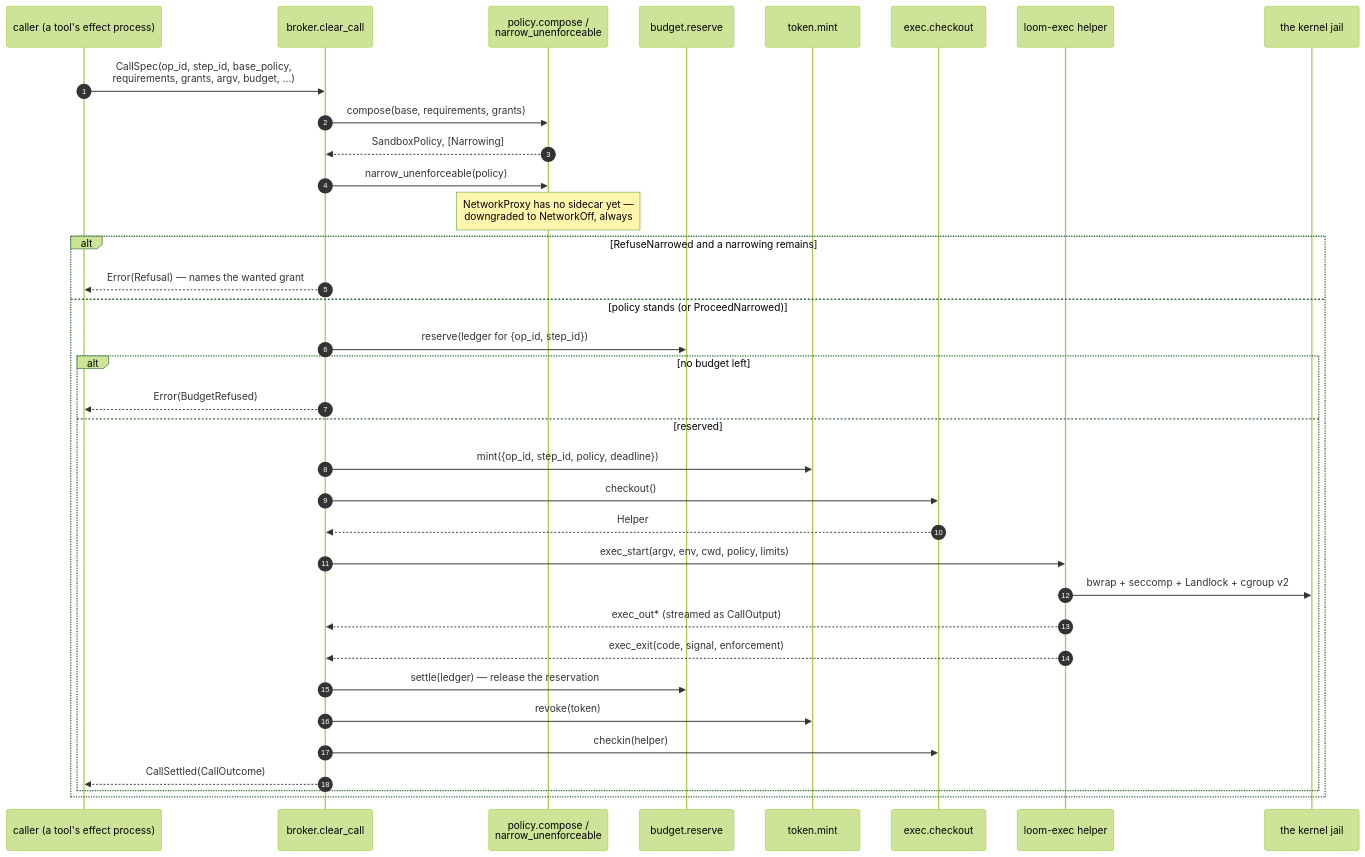
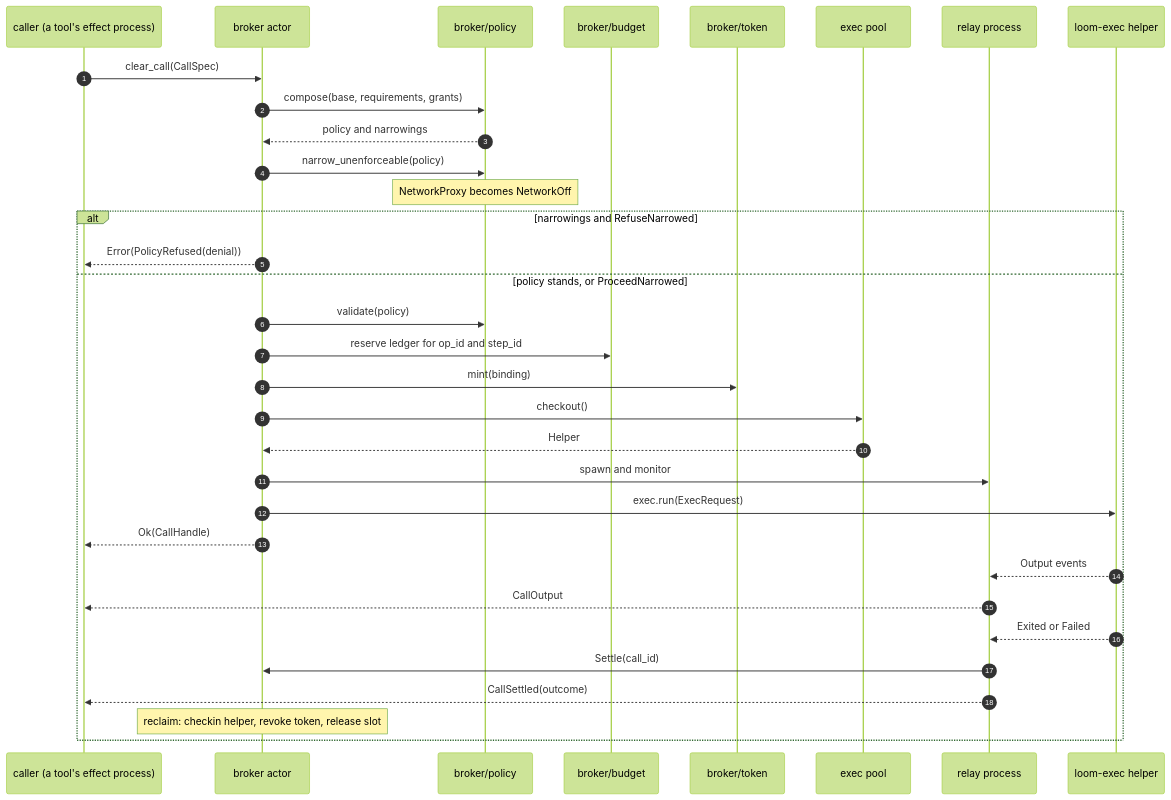
Before and after one commit to Roasbeef/loom: the second of 3 diagrams in packages/broker/README.md, drawn with Mermaid (forest theme). The commit also changed other lines of this file, not shown here.

First line of the commit message:
broker: correct the token and cancel-ladder claims

````diff
--- a/packages/broker/README.md
+++ b/packages/broker/README.md
@@ -24,38 +54,36 @@
 ```mermaid
 sequenceDiagram
     autonumber
     participant C as caller (a tool's effect process)
-    participant Br as broker.clear_call
-    participant Pol as policy.compose /<br/>narrow_unenforceable
-    participant Bud as budget.reserve
-    participant Tok as token.mint
-    participant Pool as exec.checkout
+    participant Br as broker actor
+    participant Pol as broker/policy
+    participant Bud as broker/budget
+    participant Tok as broker/token
+    participant Pool as exec pool
+    participant R as relay process
     participant H as loom-exec helper
-    participant K as the kernel jail
 
-    C->>Br: CallSpec(op_id, step_id, base_policy,<br/>requirements, grants, argv, budget, ...)
+    C->>Br: clear_call(CallSpec)
     Br->>Pol: compose(base, requirements, grants)
-    Pol-->>Br: SandboxPolicy, [Narrowing]
+    Pol-->>Br: policy and narrowings
     Br->>Pol: narrow_unenforceable(policy)
-    Note over Pol: NetworkProxy has no sidecar yet —<br/>downgraded to NetworkOff, always
-    alt RefuseNarrowed and a narrowing remains
-        Br-->>C: Error(Refusal) — names the wanted grant
-    else policy stands (or ProceedNarrowed)
-        Br->>Bud: reserve(ledger for {op_id, step_id})
-        alt no budget left
-            Br-->>C: Error(BudgetRefused)
-        else reserved
-            Br->>Tok: mint({op_id, step_id, policy, deadline})
-            Br->>Pool: checkout()
-            Pool-->>Br: Helper
-            Br->>H: exec_start(argv, env, cwd, policy, limits)
-            H->>K: bwrap + seccomp + Landlock + cgroup v2
-            H-->>Br: exec_out* (streamed as CallOutput)
-            H-->>Br: exec_exit(code, signal, enforcement)
-            Br->>Bud: settle(ledger) — release the reservation
-            Br->>Tok: revoke(token)
-            Br->>Pool: checkin(helper)
-            Br-->>C: CallSettled(CallOutcome)
-        end
+    Note over Pol: NetworkProxy becomes NetworkOff
+    alt narrowings and RefuseNarrowed
+        Br-->>C: Error(PolicyRefused(denial))
+    else policy stands, or ProceedNarrowed
+        Br->>Pol: validate(policy)
+        Br->>Bud: reserve ledger for op_id and step_id
+        Br->>Tok: mint(binding)
+        Br->>Pool: checkout()
+        Pool-->>Br: Helper
+        Br->>R: spawn and monitor
+        Br->>H: exec.run(ExecRequest)
+        Br-->>C: Ok(CallHandle)
+        H-->>R: Output events
+        R-->>C: CallOutput
+        H-->>R: Exited or Failed
+        R->>Br: Settle(call_id)
+        R-->>C: CallSettled(outcome)
+        Note over Br: reclaim: checkin helper, revoke token, release slot
     end
 ```
````
